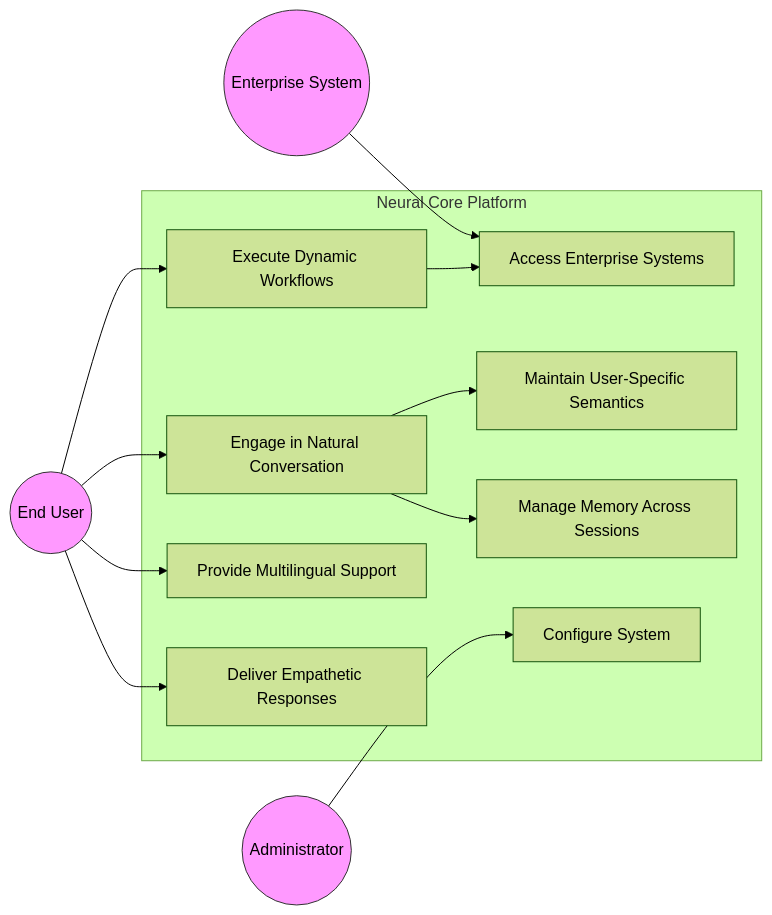
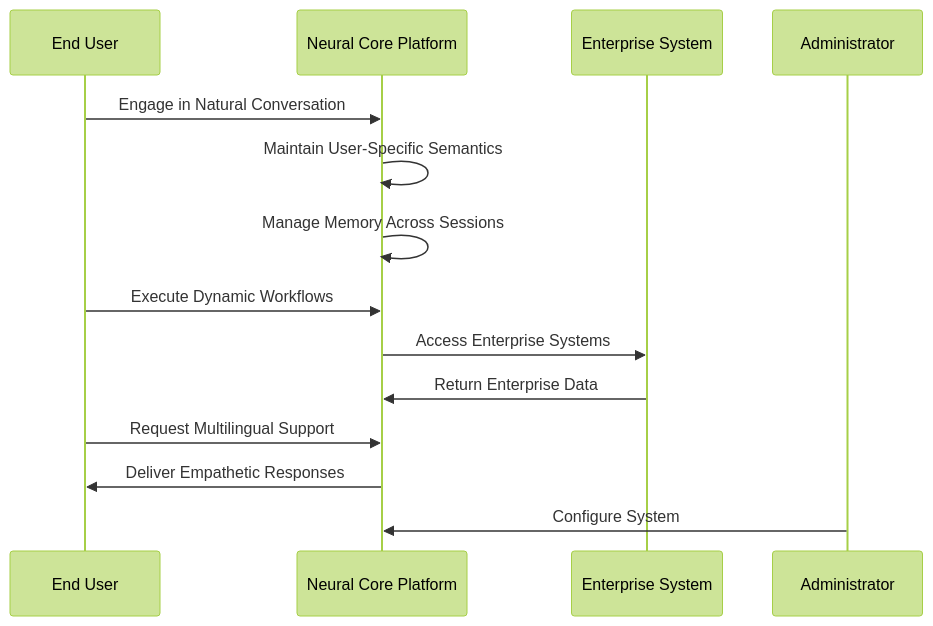
The second of 25 diagrams in meai_nc_fdd.md (ME-ai-agents/docs_prod), drawn with Mermaid (forest theme) before and after one commit.

````diff
--- a/meai_nc_fdd.md
+++ b/meai_nc_fdd.md
@@ -184,30 +184,17 @@
 ```mermaid
-flowchart LR
-    user((End User))
-    system((Enterprise System))
-    admin((Administrator))
+sequenceDiagram
+    participant EU as End User
+    participant NCP as Neural Core Platform
+    participant ES as Enterprise System
+    participant A as Administrator
     
-    subgraph NCP["Neural Core Platform"]
-        UC1["Engage in Natural Conversation"]
-        UC2["Execute Dynamic Workflows"]
-        UC3["Access Enterprise Systems"]
-        UC4["Provide Multilingual Support"]
-        UC5["Deliver Empathetic Responses"]
-        UC6["Maintain User-Specific Semantics"]
-        UC7["Manage Memory Across Sessions"]
-        UC8["Configure System"]
-    end
-    
-    user --> UC1
-    user --> UC2
-    user --> UC4
-    user --> UC5
-    system --> UC3
-    admin --> UC8
-    UC1 --> UC6
-    UC1 --> UC7
-    UC2 --> UC3
-    
-    classDef actor fill:#f9f,stroke:#333,stroke-width:1px
-    class user,system,admin actor
+    EU->>NCP: Engage in Natural Conversation
+    NCP->>NCP: Maintain User-Specific Semantics
+    NCP->>NCP: Manage Memory Across Sessions
+    EU->>NCP: Execute Dynamic Workflows
+    NCP->>ES: Access Enterprise Systems
+    ES->>NCP: Return Enterprise Data
+    EU->>NCP: Request Multilingual Support
+    NCP->>EU: Deliver Empathetic Responses
+    A->>NCP: Configure System
 ```
````
